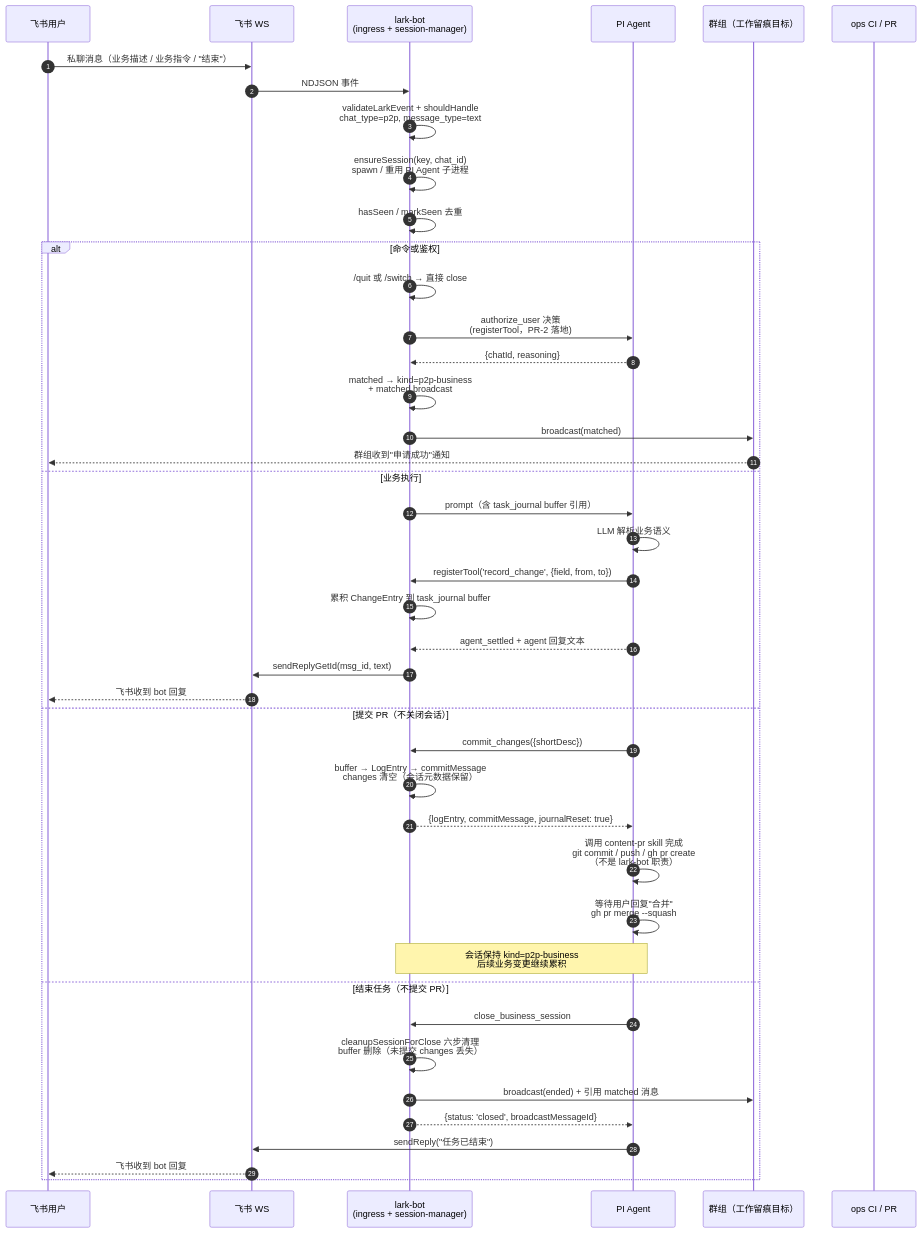
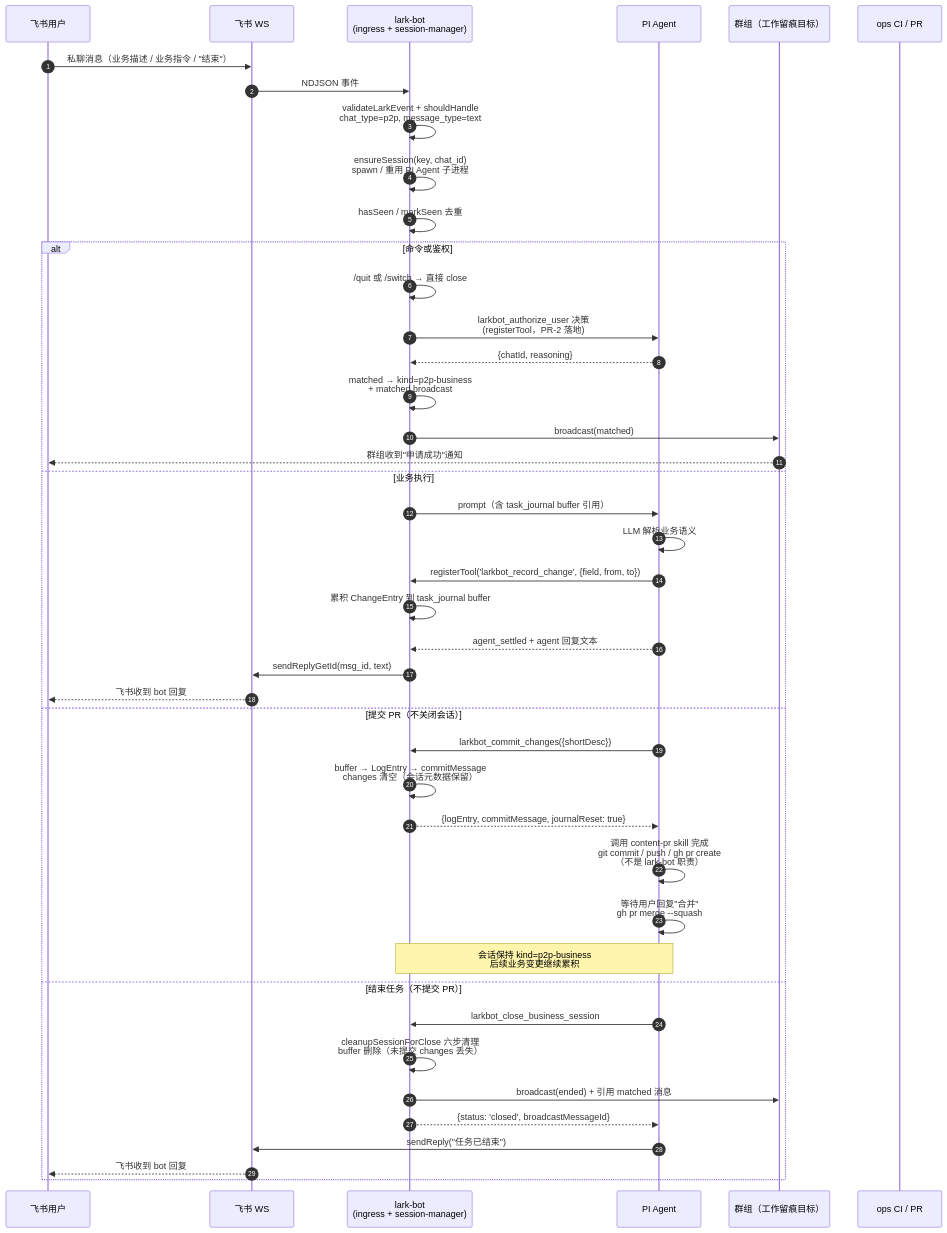
Before and after one commit to mmw-devs/ffxiv-race-stats: the second of 5 diagrams in docs/lark-bot-business-flow.md, drawn with Mermaid. The commit also changed other lines of this file and 4 other files, not shown here.

````diff
--- a/docs/lark-bot-business-flow.md
+++ b/docs/lark-bot-business-flow.md
@@ -54,46 +54,46 @@
 ```mermaid
 sequenceDiagram
     autonumber
     participant U as 飞书用户
     participant FS as 飞书 WS
     participant LB as lark-bot<br/>(ingress + session-manager)
     participant A as PI Agent
     participant G as 群组（工作留痕目标）
     participant PR as ops CI / PR
 
     U->>FS: 私聊消息（业务描述 / 业务指令 / "结束"）
     FS->>LB: NDJSON 事件
     LB->>LB: validateLarkEvent + shouldHandle<br/>chat_type=p2p, message_type=text
     LB->>LB: ensureSession(key, chat_id)<br/>spawn / 重用 PI Agent 子进程
     LB->>LB: hasSeen / markSeen 去重
     alt 命令或鉴权
         LB->>LB: /quit 或 /switch → 直接 close
-        LB->>A: authorize_user 决策<br/>(registerTool，PR-2 落地)
+        LB->>A: larkbot_authorize_user 决策<br/>(registerTool，PR-2 落地)
         A-->>LB: {chatId, reasoning}
         LB->>LB: matched → kind=p2p-business<br/>+ matched broadcast
         LB->>G: broadcast(matched)
         G-->>U: 群组收到"申请成功"通知
     else 业务执行
         LB->>A: prompt（含 task_journal buffer 引用）
         A->>A: LLM 解析业务语义
-        A->>LB: registerTool('record_change', {field, from, to})
+        A->>LB: registerTool('larkbot_record_change', {field, from, to})
         LB->>LB: 累积 ChangeEntry 到 task_journal buffer
         A-->>LB: agent_settled + agent 回复文本
         LB->>FS: sendReplyGetId(msg_id, text)
         FS-->>U: 飞书收到 bot 回复
     else 提交 PR（不关闭会话）
-        A->>LB: commit_changes({shortDesc})
+        A->>LB: larkbot_commit_changes({shortDesc})
         LB->>LB: buffer → LogEntry → commitMessage<br/>changes 清空（会话元数据保留）
         LB-->>A: {logEntry, commitMessage, journalReset: true}
         A->>A: 调用 content-pr skill 完成<br/>git commit / push / gh pr create<br/>（不是 lark-bot 职责）
         A->>A: 等待用户回复"合并"<br/>gh pr merge --squash
         Note over A,LB: 会话保持 kind=p2p-business<br/>后续业务变更继续累积
     else 结束任务（不提交 PR）
-        A->>LB: close_business_session
+        A->>LB: larkbot_close_business_session
         LB->>LB: cleanupSessionForClose 六步清理<br/>buffer 删除（未提交 changes 丢失）
         LB->>G: broadcast(ended) + 引用 matched 消息
         LB-->>A: {status: 'closed', broadcastMessageId}
         A->>FS: sendReply("任务已结束")
         FS-->>U: 飞书收到 bot 回复
     end
 ```
````
